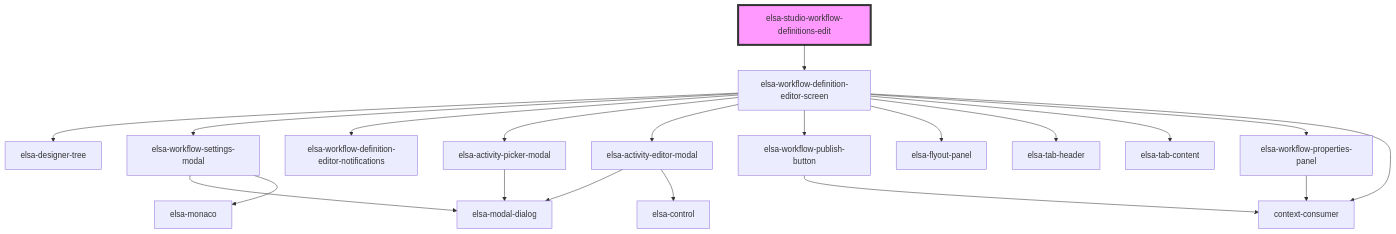
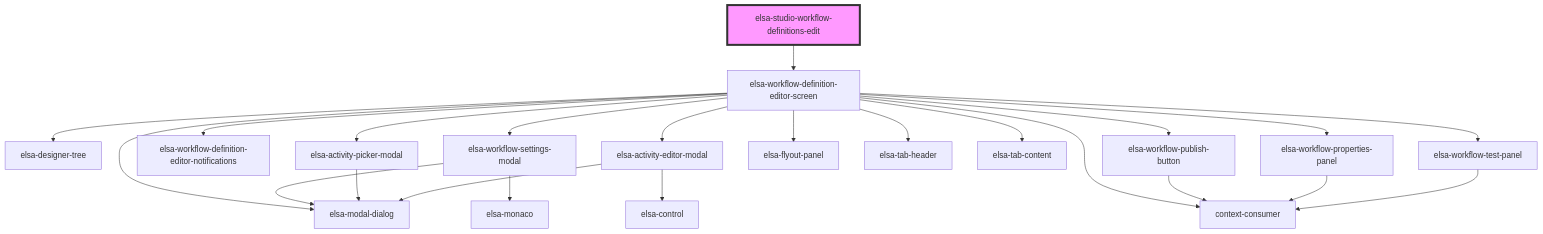
One commit to elsa-workflows/elsa-core changed the diagram in src/designer/elsa-workflows-studio/src/components/dashboard/pages/elsa-studio-workflow-definitions-edit/readme.md. Above: the diagram before and after it, drawn with Mermaid. The commit also changed 8 other files, not shown here.

````diff
--- a/src/designer/elsa-workflows-studio/src/components/dashboard/pages/elsa-studio-workflow-definitions-edit/readme.md
+++ b/src/designer/elsa-workflows-studio/src/components/dashboard/pages/elsa-studio-workflow-definitions-edit/readme.md
@@ -22,23 +22,26 @@
 ```mermaid
 graph TD;
   elsa-studio-workflow-definitions-edit --> elsa-workflow-definition-editor-screen
   elsa-workflow-definition-editor-screen --> elsa-designer-tree
   elsa-workflow-definition-editor-screen --> elsa-workflow-settings-modal
   elsa-workflow-definition-editor-screen --> elsa-workflow-definition-editor-notifications
   elsa-workflow-definition-editor-screen --> elsa-activity-picker-modal
   elsa-workflow-definition-editor-screen --> elsa-activity-editor-modal
+  elsa-workflow-definition-editor-screen --> elsa-modal-dialog
   elsa-workflow-definition-editor-screen --> elsa-workflow-publish-button
   elsa-workflow-definition-editor-screen --> elsa-flyout-panel
   elsa-workflow-definition-editor-screen --> elsa-tab-header
   elsa-workflow-definition-editor-screen --> elsa-tab-content
   elsa-workflow-definition-editor-screen --> elsa-workflow-properties-panel
+  elsa-workflow-definition-editor-screen --> elsa-workflow-test-panel
   elsa-workflow-definition-editor-screen --> context-consumer
   elsa-workflow-settings-modal --> elsa-modal-dialog
   elsa-workflow-settings-modal --> elsa-monaco
   elsa-activity-picker-modal --> elsa-modal-dialog
   elsa-activity-editor-modal --> elsa-modal-dialog
   elsa-activity-editor-modal --> elsa-control
   elsa-workflow-publish-button --> context-consumer
   elsa-workflow-properties-panel --> context-consumer
+  elsa-workflow-test-panel --> context-consumer
   style elsa-studio-workflow-definitions-edit fill:#f9f,stroke:#333,stroke-width:4px
 ```
````
